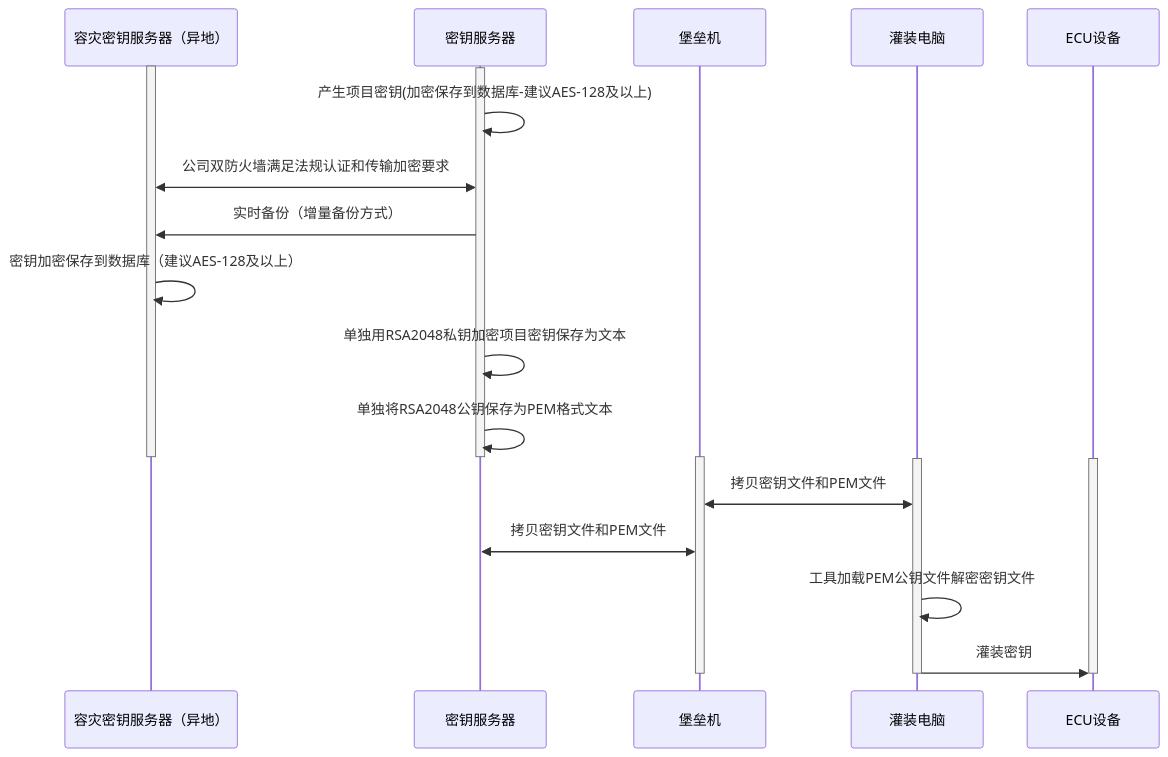
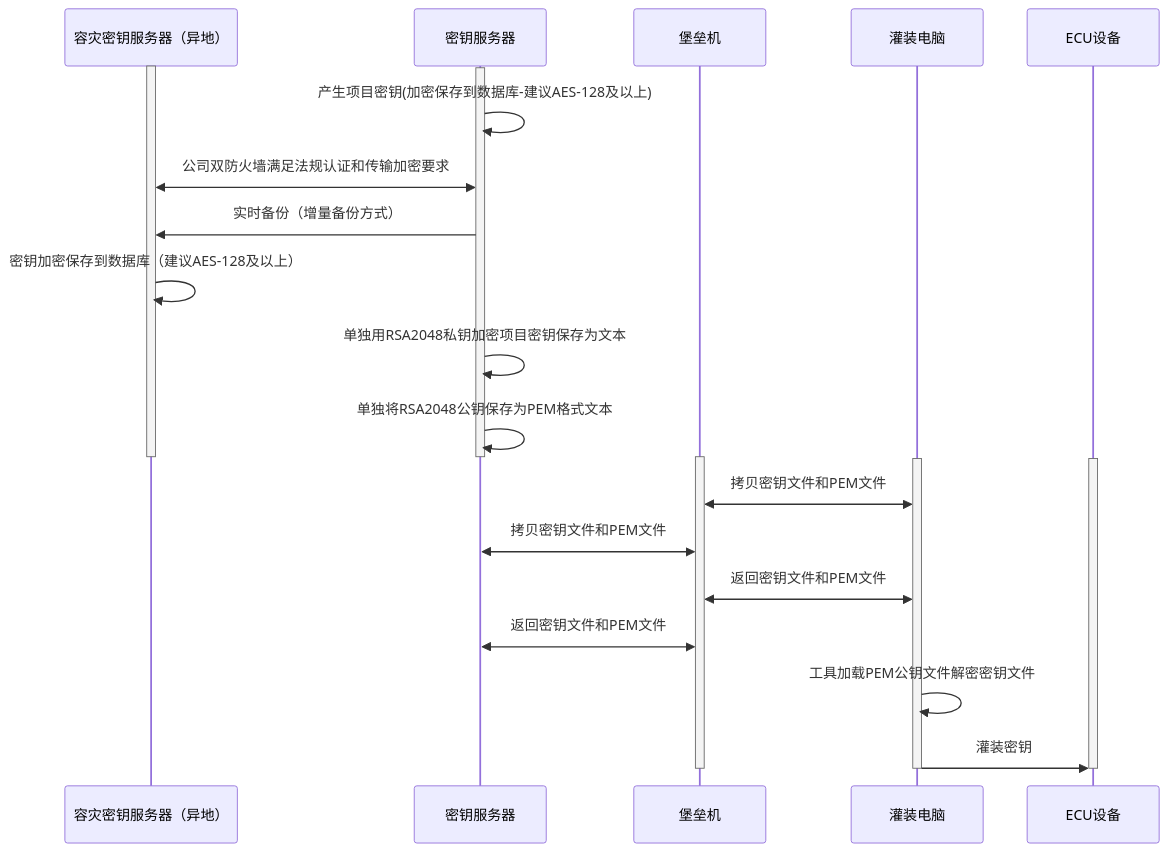
Before and after one commit to facebook-cloud/iodraw-files: the diagram in all/未命名-15.md, drawn with Mermaid.

Commit message:
2026-02-07 14:09:57 update

````diff
--- a/all/未命名-15.md
+++ b/all/未命名-15.md
@@ -1,33 +1,34 @@
 ```mermaid
 sequenceDiagram
     participant A as 容灾密钥服务器（异地）
     participant B as 密钥服务器
     participant C as 堡垒机
     participant D as 灌装电脑
     participant E as ECU设备
 
     activate A
     activate B
     B->>B: 产生项目密钥(加密保存到数据库-建议AES-128及以上)
     A<<->>B: 公司双防火墙满足法规认证和传输加密要求
     B->>A: 实时备份（增量备份方式）
     A->>A: 密钥加密保存到数据库（建议AES-128及以上）
     B->>B: 单独用RSA2048私钥加密项目密钥保存为文本
     B->>B: 单独将RSA2048公钥保存为PEM格式文本
     deactivate B
     deactivate A
 
     activate C
     activate D
     activate E
 
     D<<->>C: 拷贝密钥文件和PEM文件
     C<<->>B: 拷贝密钥文件和PEM文件
-    
+    D<<->>C: 返回密钥文件和PEM文件
+    C<<->>B: 返回密钥文件和PEM文件
     D->>D:工具加载PEM公钥文件解密密钥文件
     D->>E: 灌装密钥
     deactivate C
     deactivate D
     deactivate E
 
 ```
````
